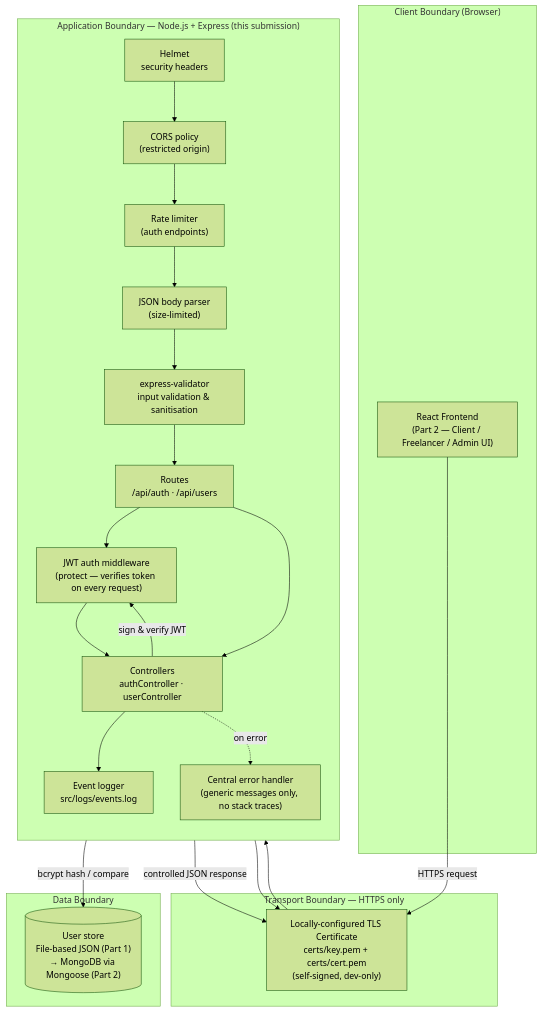
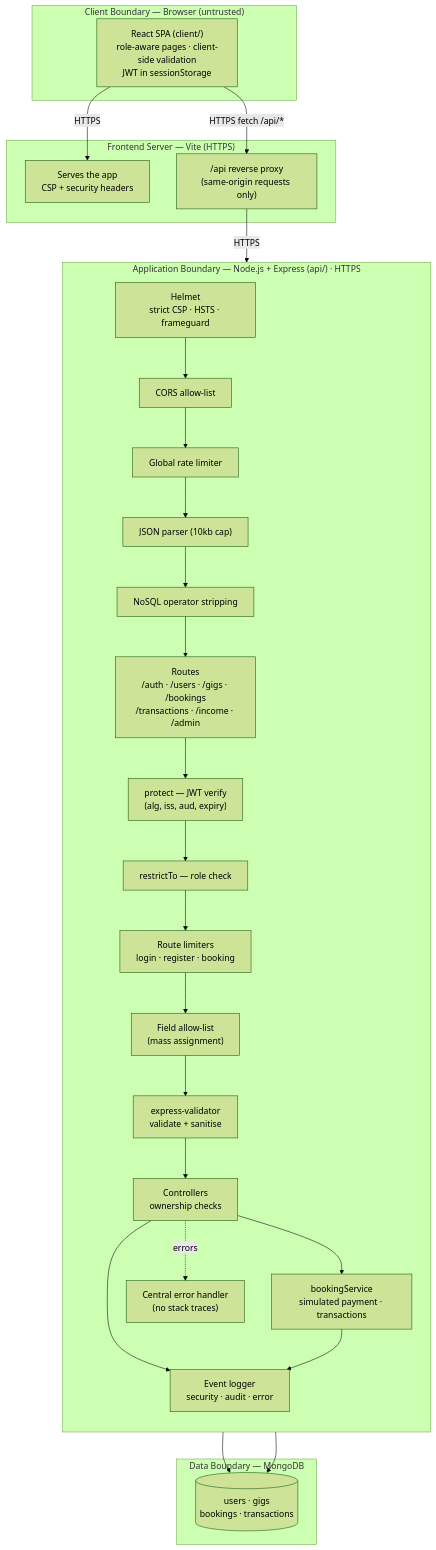
One commit to evanildo26/hustlehub-plus-part3 changed the diagram in README.md. Above: the diagram before and after it, drawn with Mermaid (forest theme). The commit also changed other lines of this file, not shown here.

First line of the commit message:
Rewrite README for Part 2 Secure Stack

````diff
--- a/README.md
+++ b/README.md
@@ -37,37 +70,44 @@
 ```mermaid
 flowchart TB
-    subgraph CLIENT["Client Boundary (Browser)"]
-        UI["React Frontend<br/>(Part 2 — Client / Freelancer / Admin UI)"]
+    subgraph BROWSER["Client Boundary — Browser (untrusted)"]
+        React["React SPA (client/)<br/>role-aware pages · client-side validation<br/>JWT in sessionStorage"]
     end
 
-    subgraph TLS["Transport Boundary — HTTPS only"]
-        HTTPS["Locally-configured TLS Certificate<br/>certs/key.pem + certs/cert.pem<br/>(self-signed, dev-only)"]
+    subgraph VITE["Frontend Server — Vite (HTTPS)"]
+        Static["Serves the app<br/>CSP + security headers"]
+        Proxy["/api reverse proxy<br/>(same-origin requests only)"]
     end
 
-    subgraph SERVER["Application Boundary — Node.js + Express (this submission)"]
+    subgraph API["Application Boundary — Node.js + Express (api/) · HTTPS"]
         direction TB
-        Helmet["Helmet<br/>security headers"]
-        CORS["CORS policy<br/>(restricted origin)"]
-        RateLimit["Rate limiter<br/>(auth endpoints)"]
-        BodyParser["JSON body parser<br/>(size-limited)"]
-        Validate["express-validator<br/>input validation & sanitisation"]
-        Router["Routes<br/>/api/auth · /api/users"]
-        JWTMw["JWT auth middleware<br/>(protect — verifies token on every request)"]
-        Controller["Controllers<br/>authController · userController"]
-        ErrorHandler["Central error handler<br/>(generic messages only, no stack traces)"]
-        Logger["Event logger<br/>src/logs/events.log"]
+        Helmet["Helmet<br/>strict CSP · HSTS · frameguard"]
+        CORS["CORS allow-list"]
+        Global["Global rate limiter"]
+        Body["JSON parser (10kb cap)"]
+        Sanitize["NoSQL operator stripping"]
+        Routes["Routes<br/>/auth · /users · /gigs · /bookings<br/>/transactions · /income · /admin"]
+        JWT["protect — JWT verify<br/>(alg, iss, aud, expiry)"]
+        RBAC["restrictTo — role check"]
+        Limit["Route limiters<br/>login · register · booking"]
+        Allow["Field allow-list<br/>(mass assignment)"]
+        Valid["express-validator<br/>validate + sanitise"]
+        Ctrl["Controllers<br/>ownership checks"]
+        Svc["bookingService<br/>simulated payment · transactions"]
+        Err["Central error handler<br/>(no stack traces)"]
+        Log["Event logger<br/>security · audit · error"]
     end
 
-    subgraph DATA["Data Boundary"]
-        Store[("User store<br/>File-based JSON (Part 1)<br/>→ MongoDB via Mongoose (Part 2)")]
+    subgraph DATA["Data Boundary — MongoDB"]
+        DB[("users · gigs<br/>bookings · transactions")]
     end
 
-    UI -- "HTTPS request" --> HTTPS --> Helmet --> CORS --> RateLimit --> BodyParser --> Validate --> Router
-    Router --> JWTMw --> Controller
-    Router --> Controller
-    Controller -- "bcrypt hash / compare" --> Store
-    Controller -- "sign & verify JWT" --> JWTMw
-    Controller --> Logger
-    Controller -- "controlled JSON response" --> HTTPS
-    Controller -.->|"on error"| ErrorHandler --> HTTPS
+    React -- "HTTPS" --> Static
+    React -- "HTTPS fetch /api/*" --> Proxy -- "HTTPS" --> Helmet
+    Helmet --> CORS --> Global --> Body --> Sanitize --> Routes
+    Routes --> JWT --> RBAC --> Limit --> Allow --> Valid --> Ctrl
+    Ctrl --> Svc --> DB
+    Ctrl --> DB
+    Ctrl --> Log
+    Svc --> Log
+    Ctrl -.->|"errors"| Err
 ```
````
